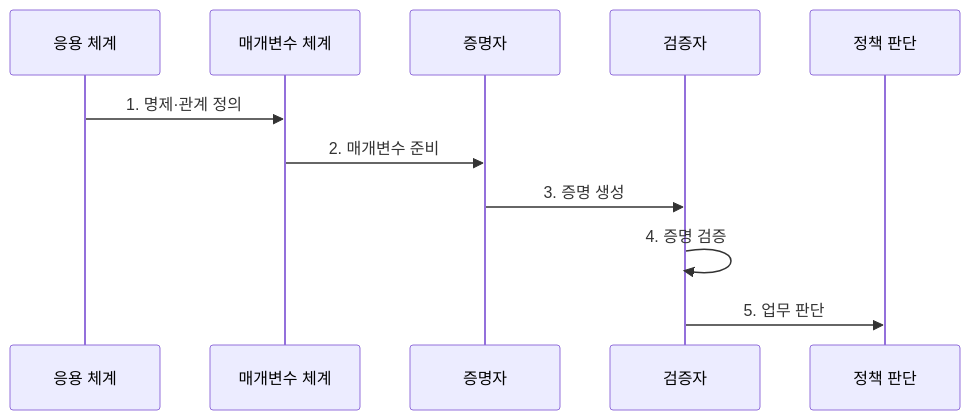
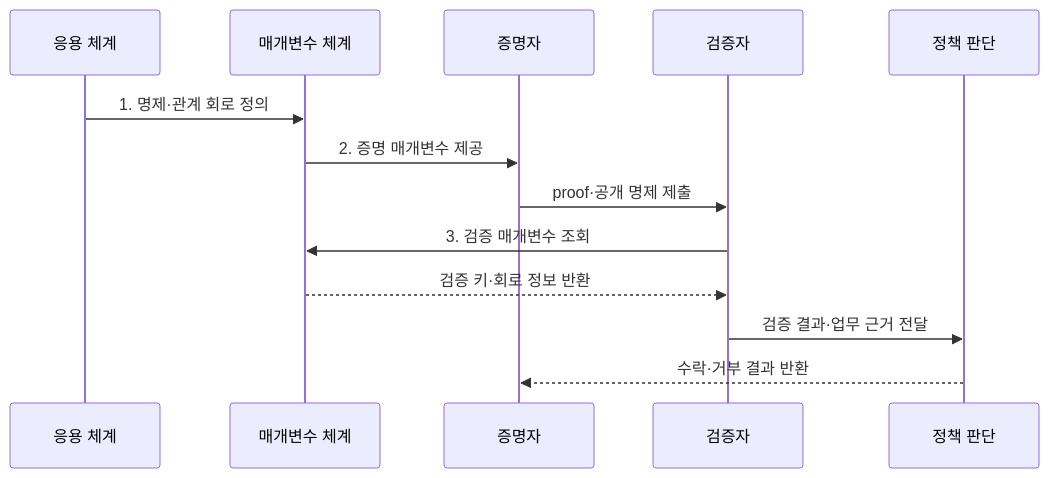
Before and after one commit to agnusdei1207/knowledge-base: the second of 2 diagrams in src/content/docs/notes/08-latest-tech/222_zero_knowledge_proof.md, drawn with Mermaid. The commit also changed other lines of this file and 225 other files, not shown here.

````diff
--- a/src/content/docs/notes/08-latest-tech/222_zero_knowledge_proof.md
+++ b/src/content/docs/notes/08-latest-tech/222_zero_knowledge_proof.md
@@ -78,13 +78,15 @@
 ```mermaid
 sequenceDiagram
   participant A as 응용 체계
   participant P as 매개변수 체계
   participant R as 증명자
   participant V as 검증자
   participant D as 정책 판단
-  A->>P: 1. 명제·관계 정의
-  P->>R: 2. 매개변수 준비
-  R->>V: 3. 증명 생성
-  V->>V: 4. 증명 검증
-  V->>D: 5. 업무 판단
+  A->>P: 1. 명제·관계 회로 정의
+  P->>R: 2. 증명 매개변수 제공
+  R->>V: proof·공개 명제 제출
+  V->>P: 3. 검증 매개변수 조회
+  P-->>V: 검증 키·회로 정보 반환
+  V->>D: 검증 결과·업무 근거 전달
+  D-->>R: 수락·거부 결과 반환
 ```
````
